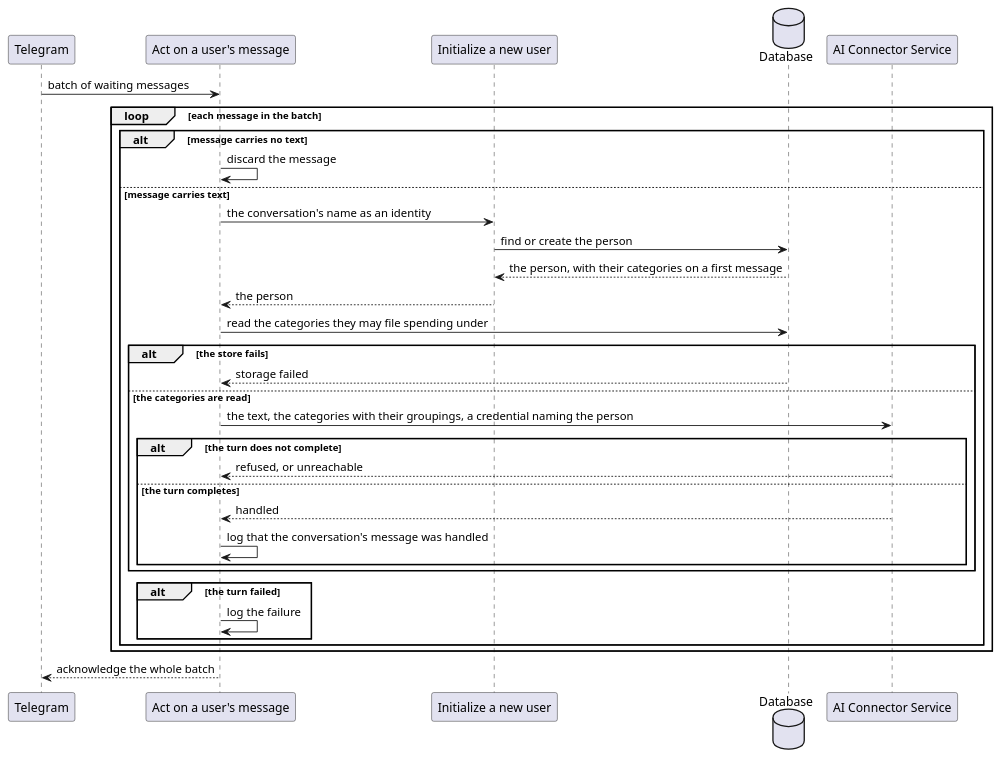
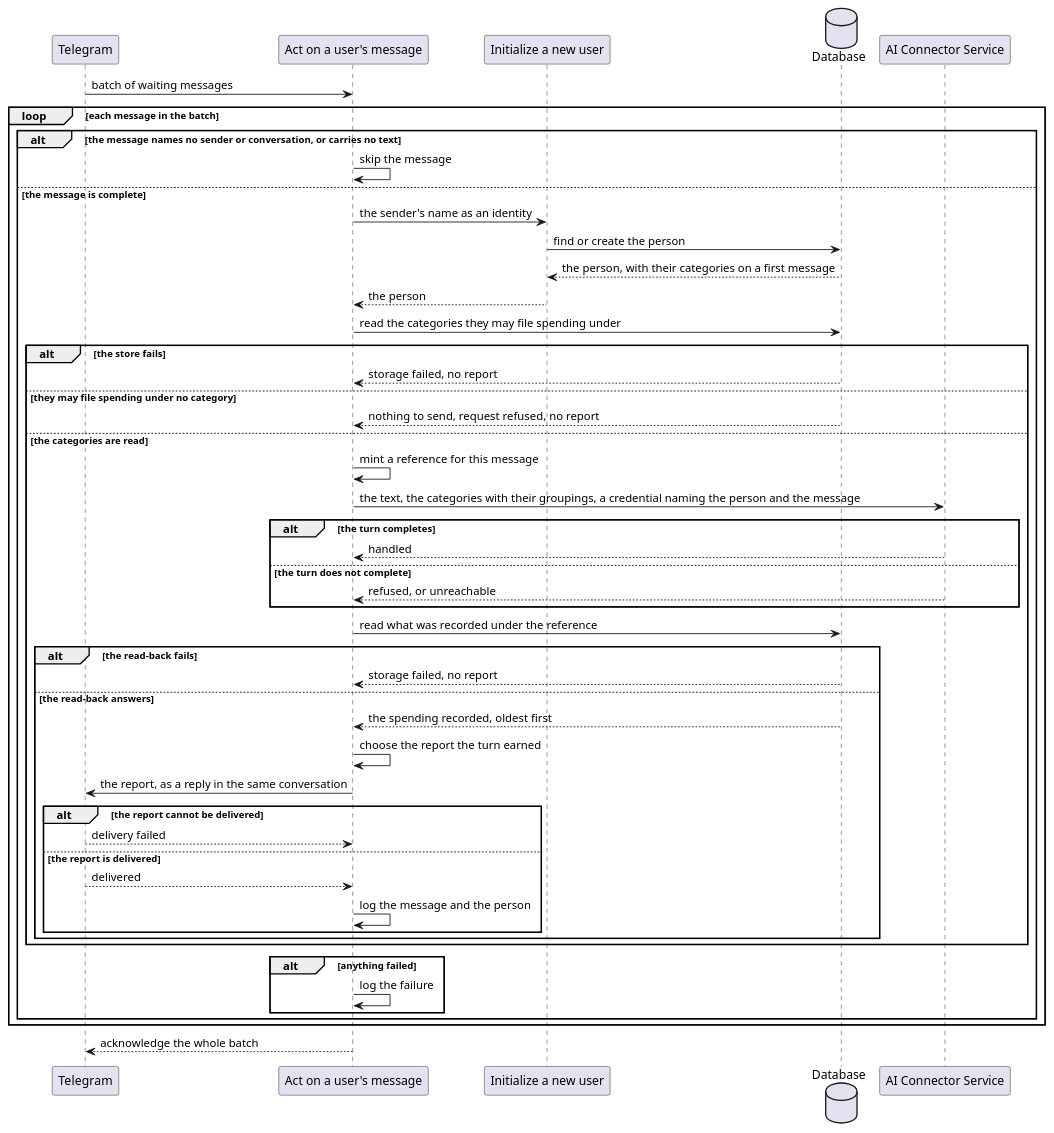
The second of 2 diagrams in ledger-service/docs/usecases/handle-incoming-message.md (ds-usova/finance-bot), drawn with PlantUML before and after one commit. The commit also changed other lines of this file and 94 other files, not shown here.

````diff
--- a/ledger-service/docs/usecases/handle-incoming-message.md
+++ b/ledger-service/docs/usecases/handle-incoming-message.md
@@ -111,39 +151,55 @@
 ```plantuml
 @startuml ActOnUserMessage-Sequence
 participant "Telegram" as TG
 participant "Act on a user's message" as UC
 participant "Initialize a new user" as IU
 database "Database" as DB
 participant "AI Connector Service" as AI
 
 TG -> UC : batch of waiting messages
 
 loop each message in the batch
-  alt message carries no text
-    UC -> UC : discard the message
-  else message carries text
-    UC -> IU : the conversation's name as an identity
+  alt the message names no sender or conversation, or carries no text
+    UC -> UC : skip the message
+  else the message is complete
+    UC -> IU : the sender's name as an identity
     IU -> DB : find or create the person
     DB --> IU : the person, with their categories on a first message
     IU --> UC : the person
     UC -> DB : read the categories they may file spending under
     alt the store fails
-      DB --> UC : storage failed
+      DB --> UC : storage failed, no report
+    else they may file spending under no category
+      DB --> UC : nothing to send, request refused, no report
     else the categories are read
-      UC -> AI : the text, the categories with their groupings, a credential naming the person
-      alt the turn does not complete
+      UC -> UC : mint a reference for this message
+      UC -> AI : the text, the categories with their groupings, a credential naming the person and the message
+      alt the turn completes
+        AI --> UC : handled
+      else the turn does not complete
         AI --> UC : refused, or unreachable
-      else the turn completes
-        AI --> UC : handled
-        UC -> UC : log that the conversation's message was handled
+      end
+      UC -> DB : read what was recorded under the reference
+      alt the read-back fails
+        DB --> UC : storage failed, no report
+      else the read-back answers
+        DB --> UC : the spending recorded, oldest first
+        UC -> UC : choose the report the turn earned
+        UC -> TG : the report, as a reply in the same conversation
+        alt the report cannot be delivered
+          TG --> UC : delivery failed
+        else the report is delivered
+          TG --> UC : delivered
+          UC -> UC : log the message and the person
+        end
       end
     end
-    alt the turn failed
+    alt anything failed
       UC -> UC : log the failure
     end
   end
 end
 
 UC --> TG : acknowledge the whole batch
 @enduml
 ```
````
